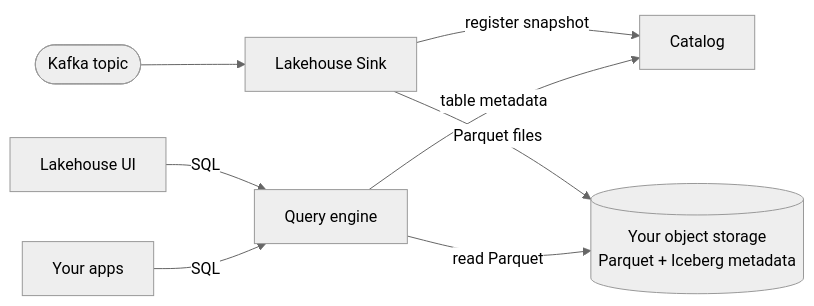
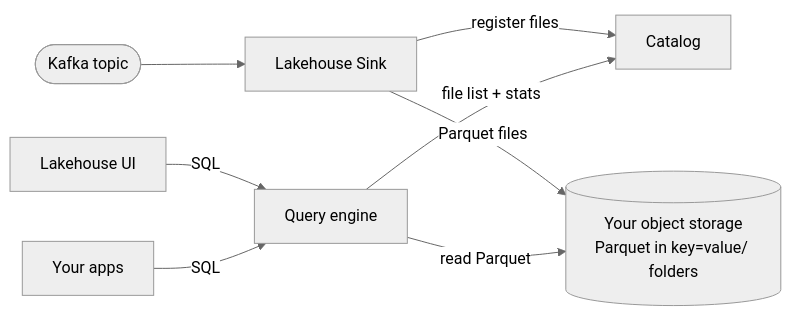
One commit to quixio/quix-docs changed the diagram in docs/quix-cloud/quix-lake/lakehouse/overview.md. Above: the diagram before and after it, drawn with Mermaid (neutral theme). The commit also changed other lines of this file and 16 other files, not shown here.

````diff
--- a/docs/quix-cloud/quix-lake/lakehouse/overview.md
+++ b/docs/quix-cloud/quix-lake/lakehouse/overview.md
@@ -36,18 +46,18 @@
 ```mermaid
 flowchart LR
     kafka([Kafka topic])
     sink[Lakehouse Sink]
-    bucket[("Your object storage<br/>Parquet + Iceberg metadata")]
+    bucket[("Your object storage<br/>Parquet in key=value/ folders")]
     query[Query engine]
     catalog[Catalog]
     ui[Lakehouse UI]
     apps[Your apps]
 
     kafka --> sink
-    sink -- "register snapshot" --> catalog
+    sink -- "register files" --> catalog
     sink -- "Parquet files" --> bucket
-    query -- "table metadata" --> catalog
+    query -- "file list + stats" --> catalog
     query -- "read Parquet" --> bucket
     ui -- "SQL" --> query
     apps -- "SQL" --> query
 ```
````
